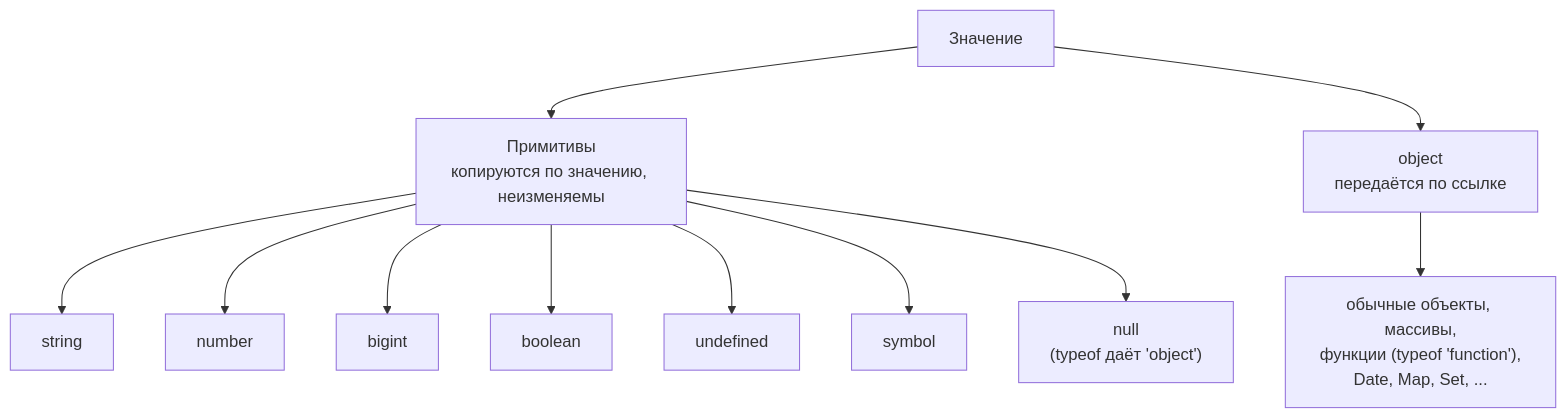
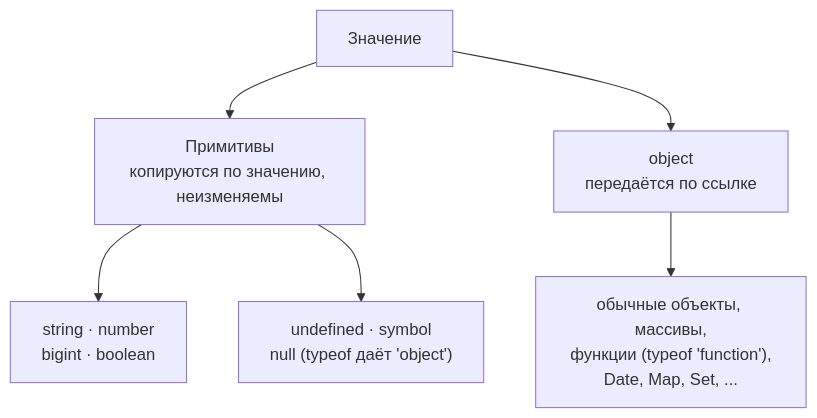
Before and after one commit to IGMiller777/frontend-gym: the first of 2 diagrams in content/lessons/js-core/js-types.ru.md, drawn with Mermaid. The commit also changed 19 other files, not shown here.

First line of the commit message:
lessons: fit wide diagrams in JS and React lessons into the column

````diff
--- a/content/lessons/js-core/js-types.ru.md
+++ b/content/lessons/js-core/js-types.ru.md
@@ -11,8 +11,8 @@
 ```mermaid
 flowchart TB
   V["Значение"] --> P["Примитивы<br/>копируются по значению, неизменяемы"]
   V --> O["object<br/>передаётся по ссылке"]
-  P --> P1["string"] & P2["number"] & P3["bigint"] & P4["boolean"]
-  P --> P5["undefined"] & P6["symbol"] & P7["null<br/>(typeof даёт 'object')"]
+  P --> PA["string · number<br/>bigint · boolean"]
+  P --> PB["undefined · symbol<br/>null (typeof даёт 'object')"]
   O --> O1["обычные объекты, массивы,<br/>функции (typeof 'function'),<br/>Date, Map, Set, ..."]
 ```
````
